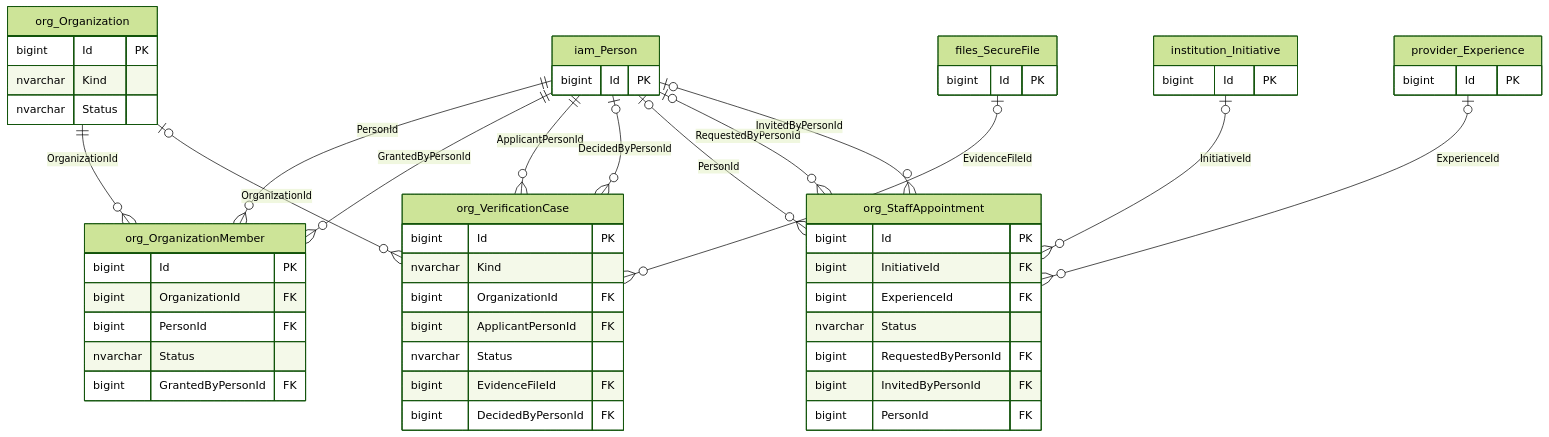
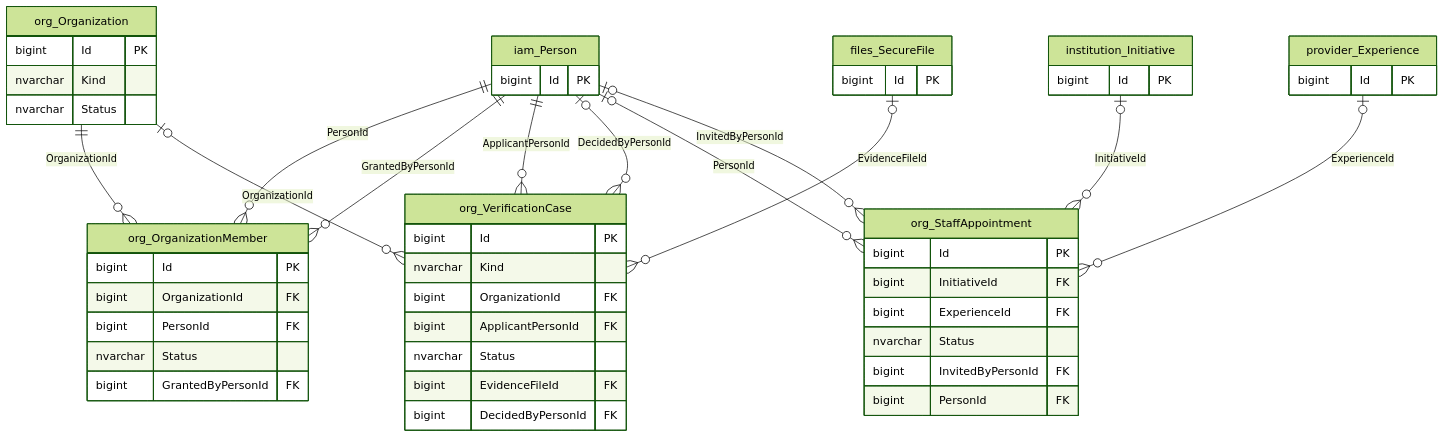
The third of 19 diagrams in docs/architecture/database/v5-lean-design/04-erd.md (ahmadfa100/DeepSprout), drawn with Mermaid (forest theme) before and after one commit. The commit also changed other lines of this file and 380 other files, not shown here.

````diff
--- a/docs/architecture/database/v5-lean-design/04-erd.md
+++ b/docs/architecture/database/v5-lean-design/04-erd.md
@@ -102,57 +102,55 @@
 ```mermaid
 erDiagram
   org_Organization {
     bigint Id PK
     nvarchar Kind
     nvarchar Status
   }
   org_OrganizationMember {
     bigint Id PK
     bigint OrganizationId FK
     bigint PersonId FK
     nvarchar Status
     bigint GrantedByPersonId FK
   }
   org_Organization ||--o{ org_OrganizationMember : "OrganizationId"
   iam_Person ||--o{ org_OrganizationMember : "PersonId"
   iam_Person ||--o{ org_OrganizationMember : "GrantedByPersonId"
   org_VerificationCase {
     bigint Id PK
     nvarchar Kind
     bigint OrganizationId FK
     bigint ApplicantPersonId FK
     nvarchar Status
     bigint EvidenceFileId FK
     bigint DecidedByPersonId FK
   }
   org_Organization |o--o{ org_VerificationCase : "OrganizationId"
   iam_Person ||--o{ org_VerificationCase : "ApplicantPersonId"
   iam_Person |o--o{ org_VerificationCase : "DecidedByPersonId"
   files_SecureFile |o--o{ org_VerificationCase : "EvidenceFileId"
   org_StaffAppointment {
     bigint Id PK
     bigint InitiativeId FK
     bigint ExperienceId FK
     nvarchar Status
-    bigint RequestedByPersonId FK
     bigint InvitedByPersonId FK
     bigint PersonId FK
   }
   institution_Initiative |o--o{ org_StaffAppointment : "InitiativeId"
   provider_Experience |o--o{ org_StaffAppointment : "ExperienceId"
   iam_Person |o--o{ org_StaffAppointment : "PersonId"
-  iam_Person |o--o{ org_StaffAppointment : "RequestedByPersonId"
   iam_Person |o--o{ org_StaffAppointment : "InvitedByPersonId"
   iam_Person {
     bigint Id PK
   }
   files_SecureFile {
     bigint Id PK
   }
   institution_Initiative {
     bigint Id PK
   }
   provider_Experience {
     bigint Id PK
   }
 ```
````
